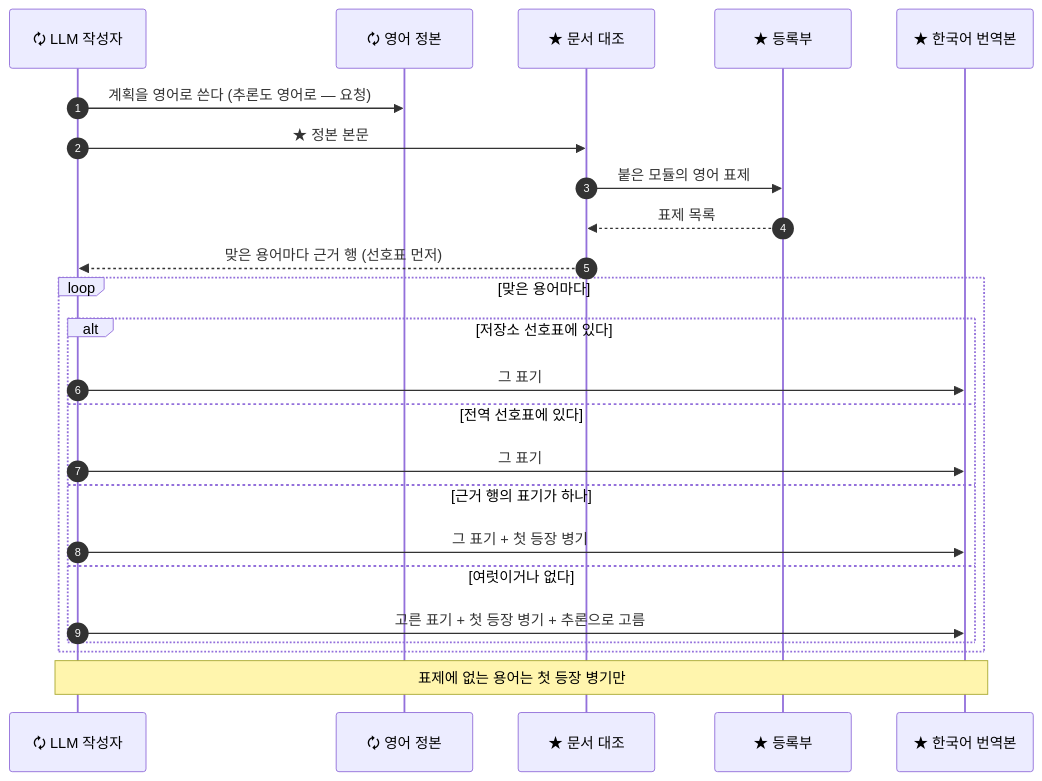
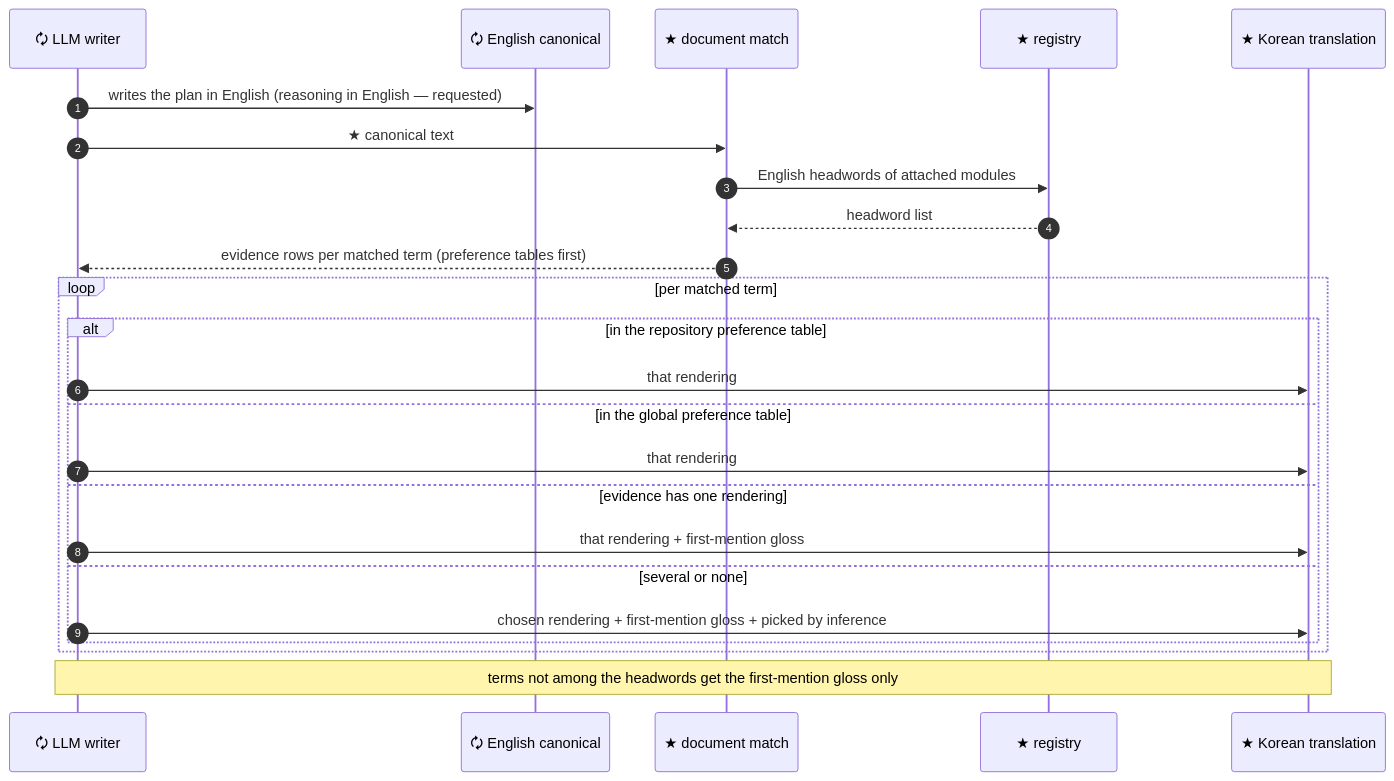
One commit to DogGuyMan/Agent-Report-Build-Pipeline changed the sixth of 9 diagrams in docs/superpowers/plans/2026-10-28-ko-dev-terms.md. Above: the diagram before and after it, drawn with Mermaid. The commit also changed other lines of this file and 1 other file, not shown here.

Commit message:
[docs] : plans - ko-dev-terms 계획을 영어 정본과 한국어 번역본 두 파일로

````diff
--- a/docs/superpowers/plans/2026-10-28-ko-dev-terms.md
+++ b/docs/superpowers/plans/2026-10-28-ko-dev-terms.md
@@ -292,26 +300,26 @@
 ```mermaid
 sequenceDiagram
     autonumber
-    participant L as 🗘 LLM 작성자
-    participant E as 🗘 영어 정본
-    participant M as ★ 문서 대조
-    participant R as ★ 등록부
-    participant K as ★ 한국어 번역본
-    L->>E: 계획을 영어로 쓴다 (추론도 영어로 — 요청)
-    L->>M: ★ 정본 본문
-    M->>R: 붙은 모듈의 영어 표제
-    R-->>M: 표제 목록
-    M-->>L: 맞은 용어마다 근거 행 (선호표 먼저)
-    loop 맞은 용어마다
-        alt 저장소 선호표에 있다
-            L->>K: 그 표기
-        else 전역 선호표에 있다
-            L->>K: 그 표기
-        else 근거 행의 표기가 하나
-            L->>K: 그 표기 + 첫 등장 병기
-        else 여럿이거나 없다
-            L->>K: 고른 표기 + 첫 등장 병기 + 추론으로 고름
+    participant L as 🗘 LLM writer
+    participant E as 🗘 English canonical
+    participant M as ★ document match
+    participant R as ★ registry
+    participant K as ★ Korean translation
+    L->>E: writes the plan in English (reasoning in English — requested)
+    L->>M: ★ canonical text
+    M->>R: English headwords of attached modules
+    R-->>M: headword list
+    M-->>L: evidence rows per matched term (preference tables first)
+    loop per matched term
+        alt in the repository preference table
+            L->>K: that rendering
+        else in the global preference table
+            L->>K: that rendering
+        else evidence has one rendering
+            L->>K: that rendering + first-mention gloss
+        else several or none
+            L->>K: chosen rendering + first-mention gloss + picked by inference
         end
     end
-    Note over L,K: 표제에 없는 용어는 첫 등장 병기만
+    Note over L,K: terms not among the headwords get the first-mention gloss only
 ```
````
